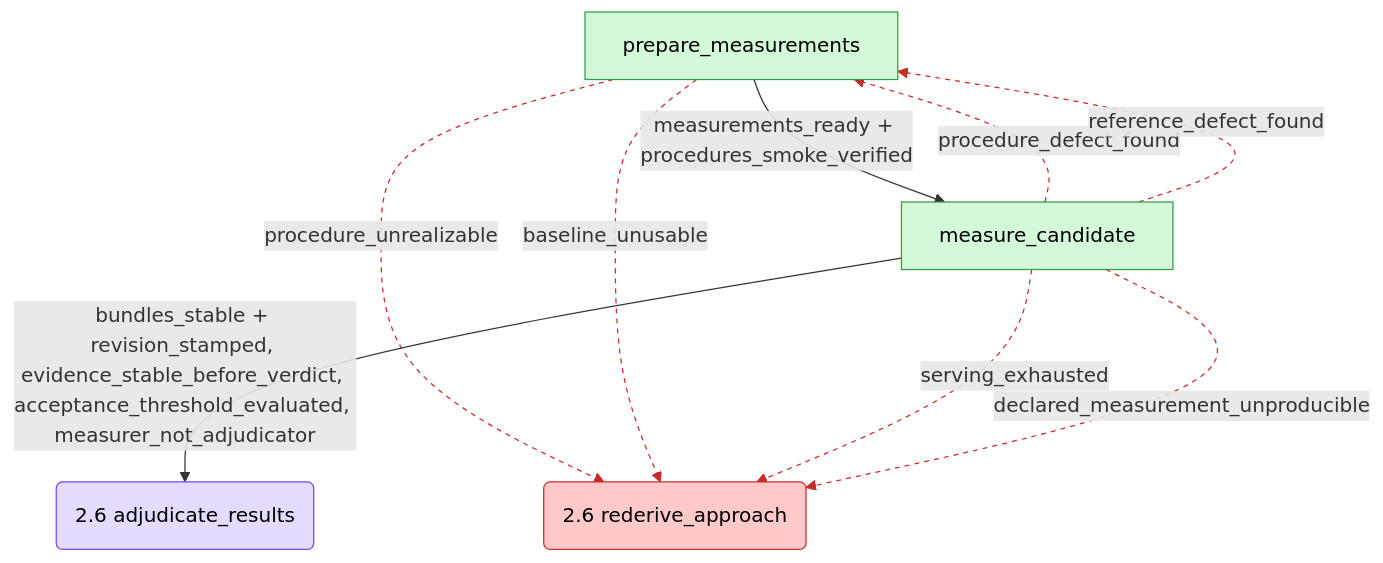
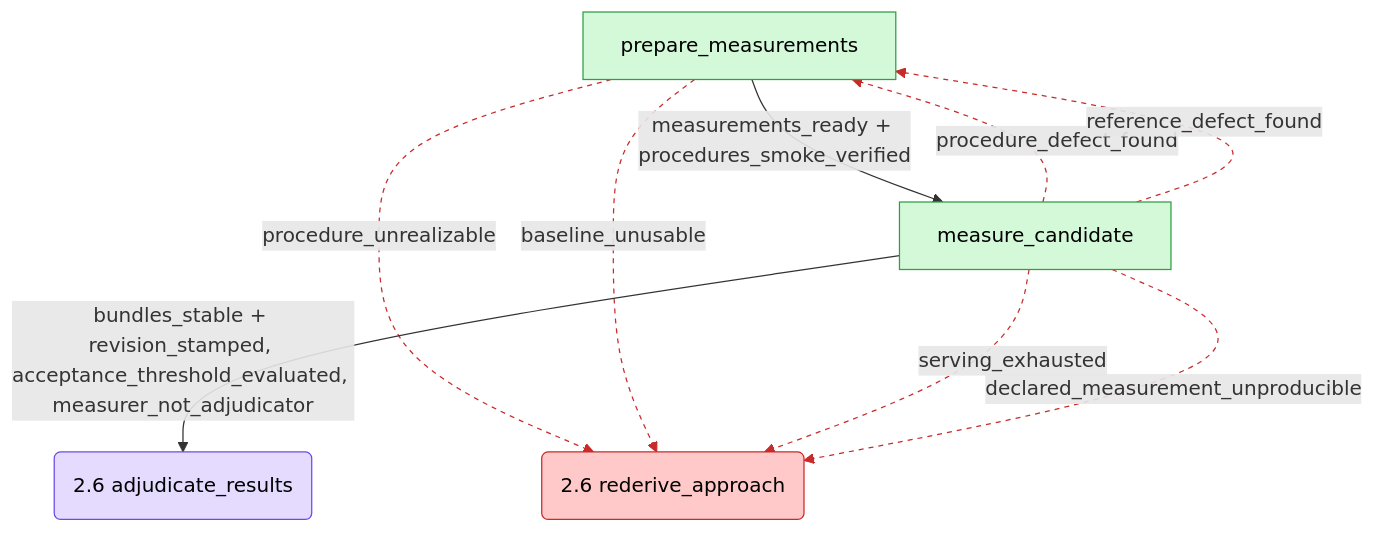
Before and after one commit to jinhuang12/pave: the sixth of 7 diagrams in generated-plugins/vllm-neuron-parity/README.md, drawn with Mermaid. The commit also changed other lines of this file and 25 other files, not shown here.

First line of the commit message:
Release 1.6.0: vllm-neuron-parity graph revisions 15-16

````diff
--- a/generated-plugins/vllm-neuron-parity/README.md
+++ b/generated-plugins/vllm-neuron-parity/README.md
@@ -349,23 +350,23 @@
 ```mermaid
 flowchart TD
   pm[prepare_measurements] -->|measurements_ready + procedures_smoke_verified| mc[measure_candidate]
   pm -->|procedure_unrealizable| rede(2.6 rederive_approach)
   pm -->|baseline_unusable| rede
-  mc -->|bundles_stable + revision_stamped, evidence_stable_before_verdict, acceptance_threshold_evaluated, measurer_not_adjudicator| adj(2.6 adjudicate_results)
+  mc -->|bundles_stable + revision_stamped, acceptance_threshold_evaluated, measurer_not_adjudicator| adj(2.6 adjudicate_results)
   mc -->|procedure_defect_found| pm
   mc -->|reference_defect_found| pm
   mc -->|serving_exhausted| rede
   mc -->|declared_measurement_unproducible| rede
   class pm,mc cMeas
   class rede cRec
   class adj cAdj
   classDef cInv fill:#cfe2ff,stroke:#1971c2,color:#000
   classDef cImpl fill:#ffd8a8,stroke:#e8590c,color:#000
   classDef cMeas fill:#d3f9d8,stroke:#2f9e44,color:#000
   classDef cAdj fill:#e5dbff,stroke:#7048e8,color:#000
   classDef cRev fill:#fcc2d7,stroke:#d6336c,color:#000
   classDef cRec fill:#ffc9c9,stroke:#c92a2a,color:#000
   classDef cGate fill:#e9ecef,stroke:#495057,color:#000
   classDef cEnd fill:#dee2e6,stroke:#868e96,color:#000
   linkStyle 1,2,4,5,6,7 stroke:#c92a2a,stroke-dasharray:4
 ```
````
